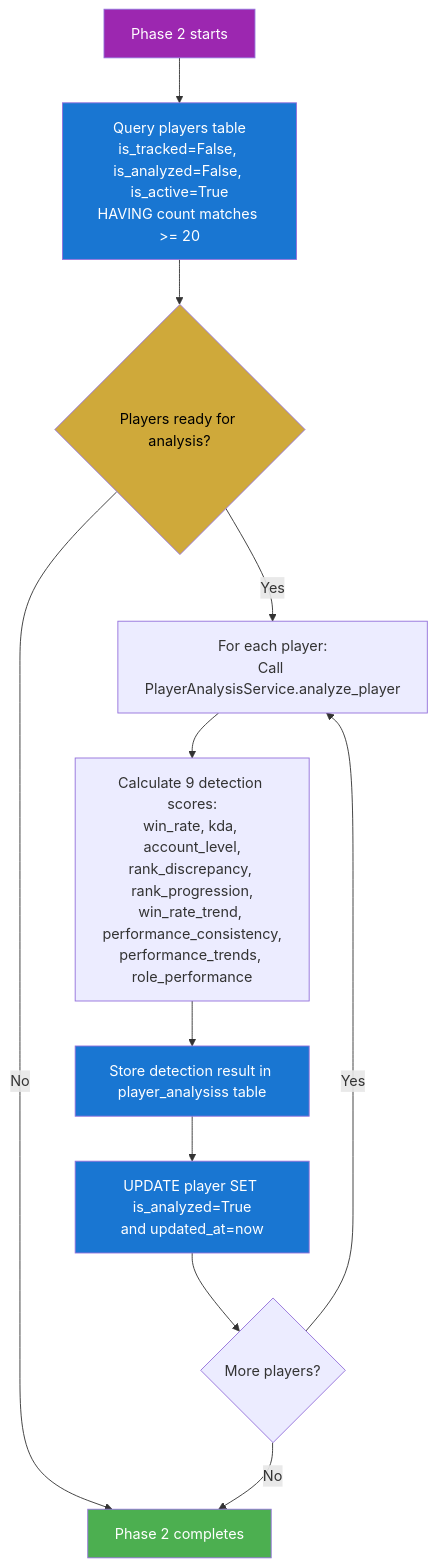
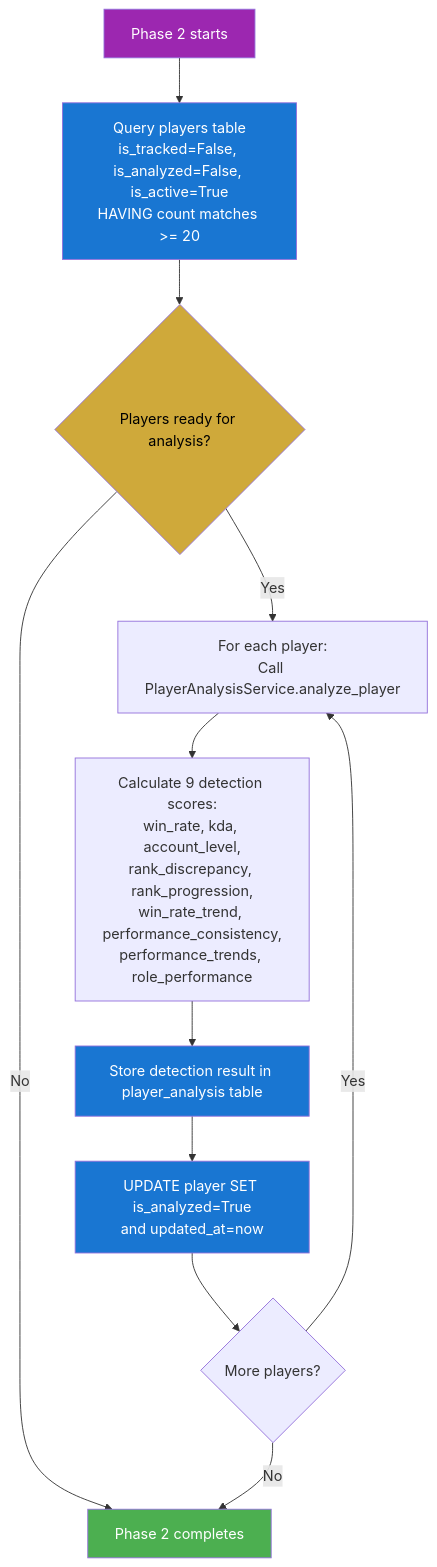
The third of 12 diagrams in docs/docs/jobs.md (SlanyCukr/riot-api-project), drawn with Mermaid before and after one commit. The commit also changed other lines of this file and 3 other files, not shown here.

First line of the commit message:
docs: fix typos in documentation - player_analysiss → player_analysis

````diff
--- a/docs/docs/jobs.md
+++ b/docs/docs/jobs.md
@@ -65,20 +65,20 @@
 ```mermaid
 flowchart TD
     A[Phase 2 starts] --> B[Query players table<br/>is_tracked=False, is_analyzed=False, is_active=True<br/>HAVING count matches >= 20]
     B --> C{Players ready for analysis?}
     C -- Yes --> D[For each player:<br/>Call PlayerAnalysisService.analyze_player]
     C -- No --> E[Phase 2 completes]
     D --> F[Calculate 9 detection scores:<br/>win_rate, kda, account_level,<br/>rank_discrepancy, rank_progression,<br/>win_rate_trend, performance_consistency,<br/>performance_trends, role_performance]
-    F --> G[Store detection result in player_analysiss table]
+    F --> G[Store detection result in player_analysis table]
     G --> H[UPDATE player SET is_analyzed=True<br/>and updated_at=now]
     H --> I{More players?}
     I -- Yes --> D
     I -- No --> E
 
     style A fill:#9c27b0,color:#ffffff
     style B fill:#1976d2,color:#ffffff
     style C fill:#cfa93a,color:#000000
     style E fill:#4caf50,color:#ffffff
     style G fill:#1976d2,color:#ffffff
     style H fill:#1976d2,color:#ffffff
 ```
````
